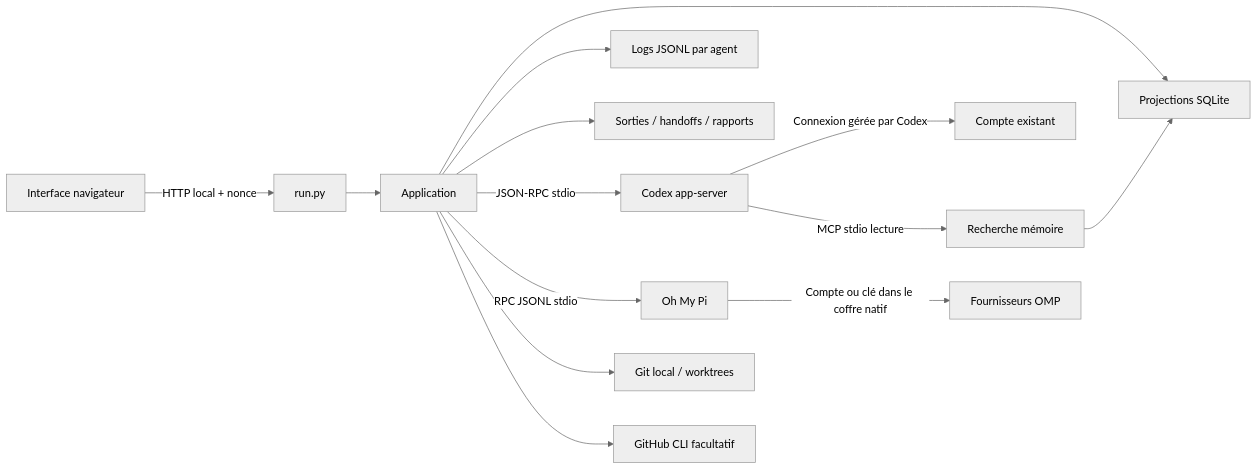
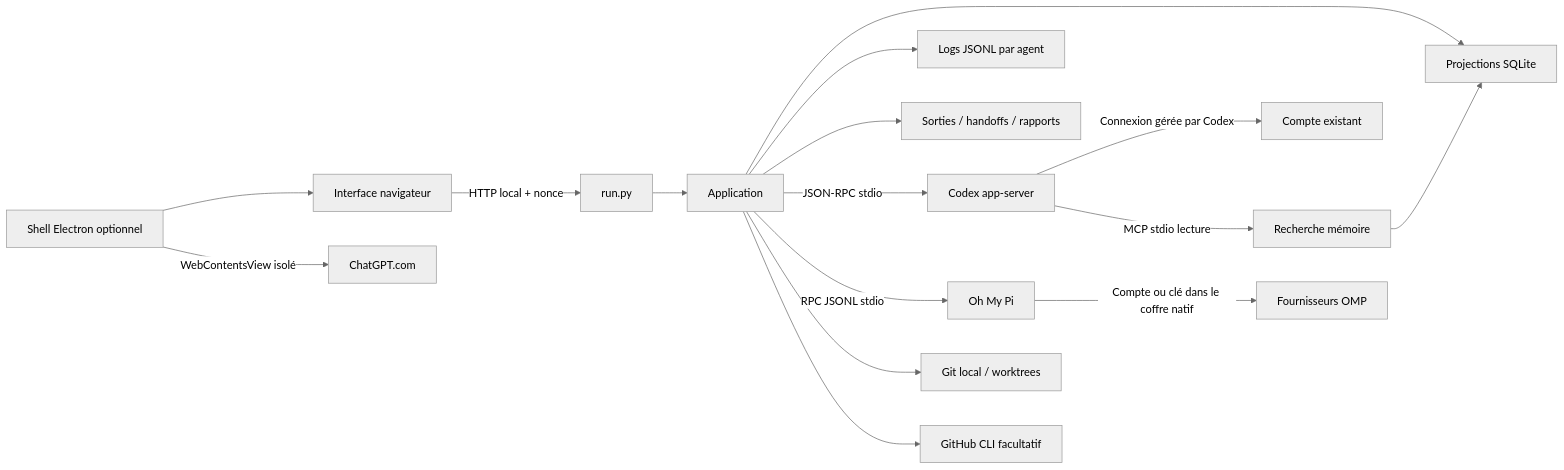
One commit to Dmkn78/CLI_agent_dev changed the diagram in docs/ARCHITECTURE.md. Above: the diagram before and after it, drawn with Mermaid (neutral theme). The commit also changed other lines of this file and 53 other files, not shown here.

Commit message:
Add project workbench, native chat shell and observable plan approvals

````diff
--- a/docs/ARCHITECTURE.md
+++ b/docs/ARCHITECTURE.md
@@ -3,16 +3,18 @@
 ```mermaid
 flowchart LR
   UI[Interface navigateur] -->|HTTP local + nonce| HTTP[run.py]
+  DESK[Shell Electron optionnel] --> UI
+  DESK -->|WebContentsView isolé| CHAT[ChatGPT.com]
   HTTP --> APP[Application]
   APP --> SQLITE[Projections SQLite]
   APP --> LOGS[Logs JSONL par agent]
   APP --> ART[Sorties / handoffs / rapports]
   APP -->|JSON-RPC stdio| CODEX[Codex app-server]
   APP -->|RPC JSONL stdio| OMP[Oh My Pi]
   OMP -->|Compte ou clé dans le coffre natif| PROVIDERS[Fournisseurs OMP]
   CODEX -->|Connexion gérée par Codex| PLAN[Compte existant]
   CODEX -->|MCP stdio lecture| MEM[Recherche mémoire]
   MEM --> SQLITE
   APP --> GIT[Git local / worktrees]
   APP --> GH[GitHub CLI facultatif]
 ```
````
